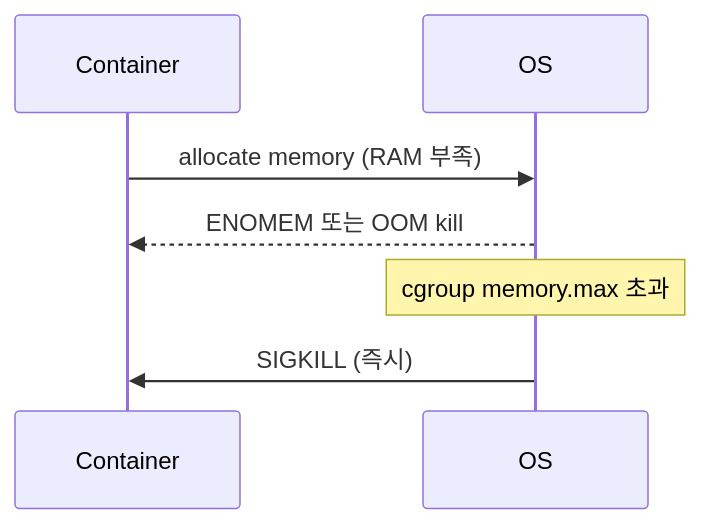
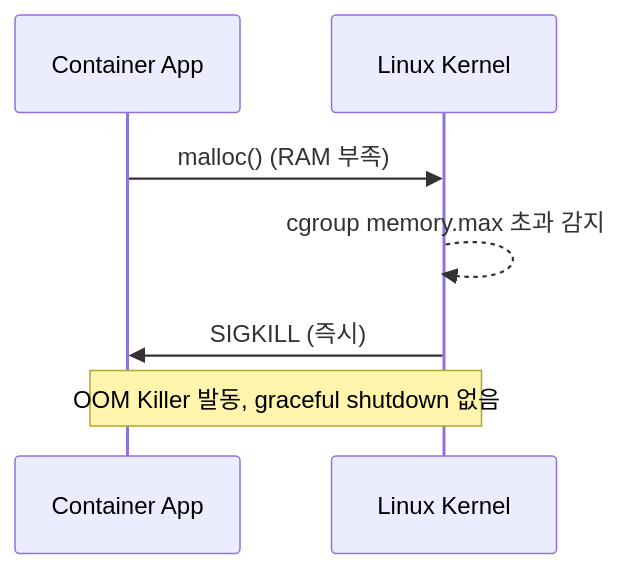
The fourth of 4 diagrams in src/content/wiki/virtualization/cgroups-namespaces.mdx (shinkeonkim/shinkeonkim.github.io), drawn with Mermaid before and after one commit. The commit also changed other lines of this file and 526 other files, not shown here.

First line of the commit message:
content(wiki): 전수조사 및 대규모 보강 (짧은 파일 0, mermaid +645)

````diff
--- a/src/content/wiki/virtualization/cgroups-namespaces.mdx
+++ b/src/content/wiki/virtualization/cgroups-namespaces.mdx
@@ -99,7 +203,10 @@
 ```mermaid
 sequenceDiagram
-    Container->>OS: allocate memory (RAM 부족)
-    OS-->>Container: ENOMEM 또는 OOM kill
-    Note over OS: cgroup memory.max 초과
-    OS->>Container: SIGKILL (즉시)
+    participant App as Container App
+    participant OS as Linux Kernel
+
+    App->>OS: malloc() (RAM 부족)
+    OS-->>OS: cgroup memory.max 초과 감지
+    OS->>App: SIGKILL (즉시)
+    Note over App,OS: OOM Killer 발동, graceful shutdown 없음
 ```
````
